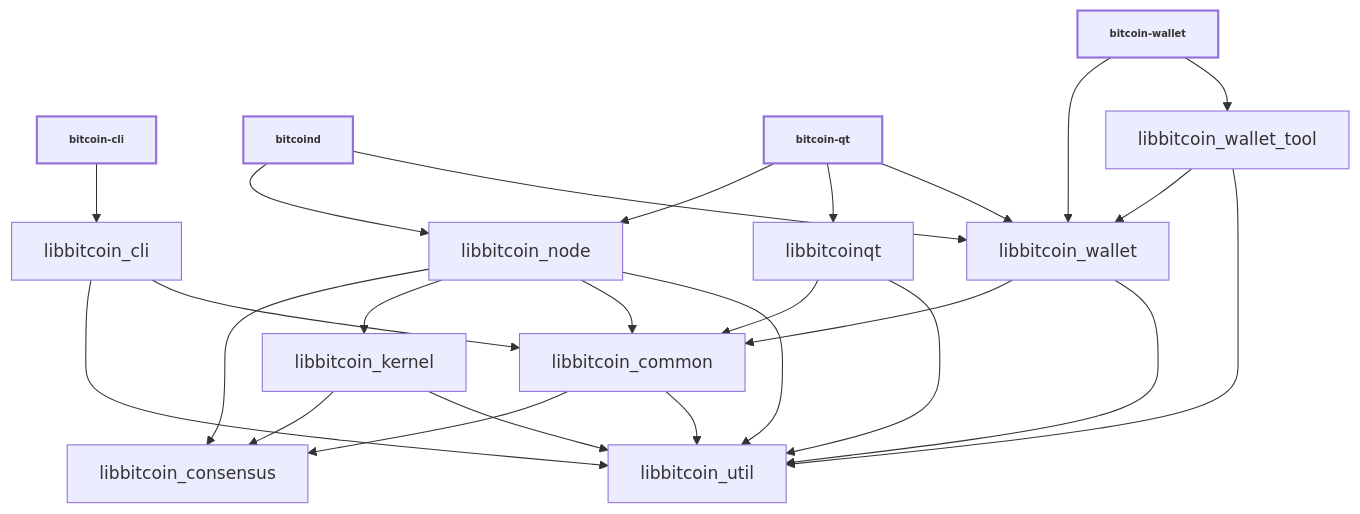
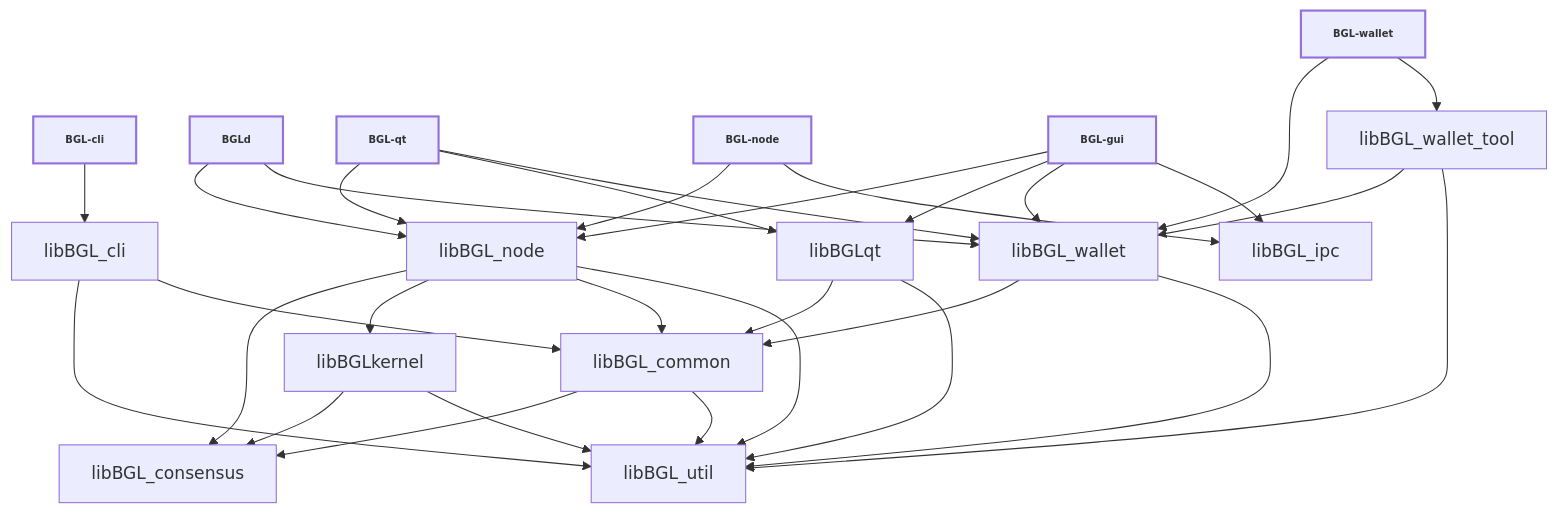
The diagram in doc/design/libraries.md (BitgesellOfficial/bitgesell), drawn with Mermaid before and after one commit. The commit also changed other lines of this file and 2 other files, not shown here.

Commit message:
doc: update multiprocess docs for BGL names

````diff
--- a/doc/design/libraries.md
+++ b/doc/design/libraries.md
@@ -36,44 +36,52 @@
 ```mermaid
 
 %%{ init : { "flowchart" : { "curve" : "basis" }}}%%
 
 graph TD;
 
-bitcoin-cli[bitcoin-cli]-->libbitcoin_cli;
+bgl_cli[BGL-cli]-->libBGL_cli;
 
-bitcoind[bitcoind]-->libbitcoin_node;
-bitcoind[bitcoind]-->libbitcoin_wallet;
+bgld[BGLd]-->libBGL_node;
+bgld[BGLd]-->libBGL_wallet;
 
-bitcoin-qt[bitcoin-qt]-->libbitcoin_node;
-bitcoin-qt[bitcoin-qt]-->libbitcoinqt;
-bitcoin-qt[bitcoin-qt]-->libbitcoin_wallet;
+bgl_qt[BGL-qt]-->libBGL_node;
+bgl_qt[BGL-qt]-->libBGLqt;
+bgl_qt[BGL-qt]-->libBGL_wallet;
 
-bitcoin-wallet[bitcoin-wallet]-->libbitcoin_wallet;
-bitcoin-wallet[bitcoin-wallet]-->libbitcoin_wallet_tool;
+bgl_node[BGL-node]-->libBGL_node;
+bgl_node[BGL-node]-->libBGL_ipc;
 
-libbitcoin_cli-->libbitcoin_util;
-libbitcoin_cli-->libbitcoin_common;
+bgl_gui[BGL-gui]-->libBGL_node;
+bgl_gui[BGL-gui]-->libBGLqt;
+bgl_gui[BGL-gui]-->libBGL_wallet;
+bgl_gui[BGL-gui]-->libBGL_ipc;
 
-libbitcoin_common-->libbitcoin_consensus;
-libbitcoin_common-->libbitcoin_util;
+bgl_wallet[BGL-wallet]-->libBGL_wallet;
+bgl_wallet[BGL-wallet]-->libBGL_wallet_tool;
 
-libbitcoin_kernel-->libbitcoin_consensus;
-libbitcoin_kernel-->libbitcoin_util;
+libBGL_cli-->libBGL_util;
+libBGL_cli-->libBGL_common;
 
-libbitcoin_node-->libbitcoin_consensus;
-libbitcoin_node-->libbitcoin_kernel;
-libbitcoin_node-->libbitcoin_common;
-libbitcoin_node-->libbitcoin_util;
+libBGL_common-->libBGL_consensus;
+libBGL_common-->libBGL_util;
 
-libbitcoinqt-->libbitcoin_common;
-libbitcoinqt-->libbitcoin_util;
+libBGLkernel-->libBGL_consensus;
+libBGLkernel-->libBGL_util;
 
-libbitcoin_wallet-->libbitcoin_common;
-libbitcoin_wallet-->libbitcoin_util;
+libBGL_node-->libBGL_consensus;
+libBGL_node-->libBGLkernel;
+libBGL_node-->libBGL_common;
+libBGL_node-->libBGL_util;
 
-libbitcoin_wallet_tool-->libbitcoin_wallet;
-libbitcoin_wallet_tool-->libbitcoin_util;
+libBGLqt-->libBGL_common;
+libBGLqt-->libBGL_util;
+
+libBGL_wallet-->libBGL_common;
+libBGL_wallet-->libBGL_util;
+
+libBGL_wallet_tool-->libBGL_wallet;
+libBGL_wallet_tool-->libBGL_util;
 
 classDef bold stroke-width:2px, font-weight:bold, font-size: smaller;
-class bitcoin-qt,bitcoind,bitcoin-cli,bitcoin-wallet bold
+class bgl_qt,bgld,bgl_cli,bgl_node,bgl_gui,bgl_wallet bold
 ```
````
